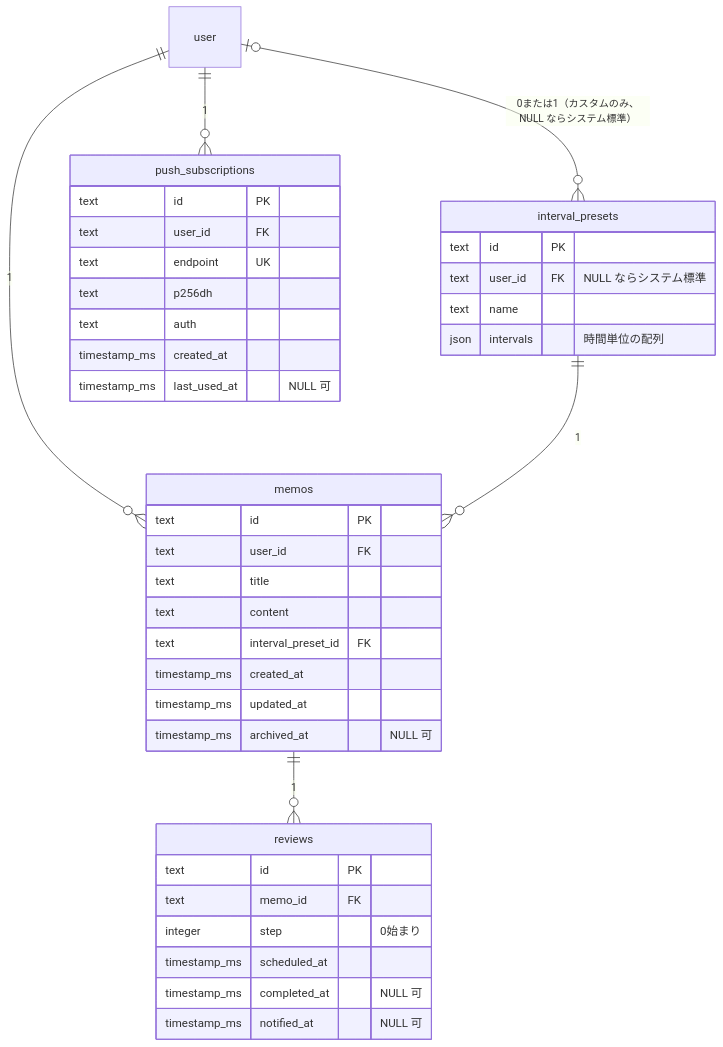
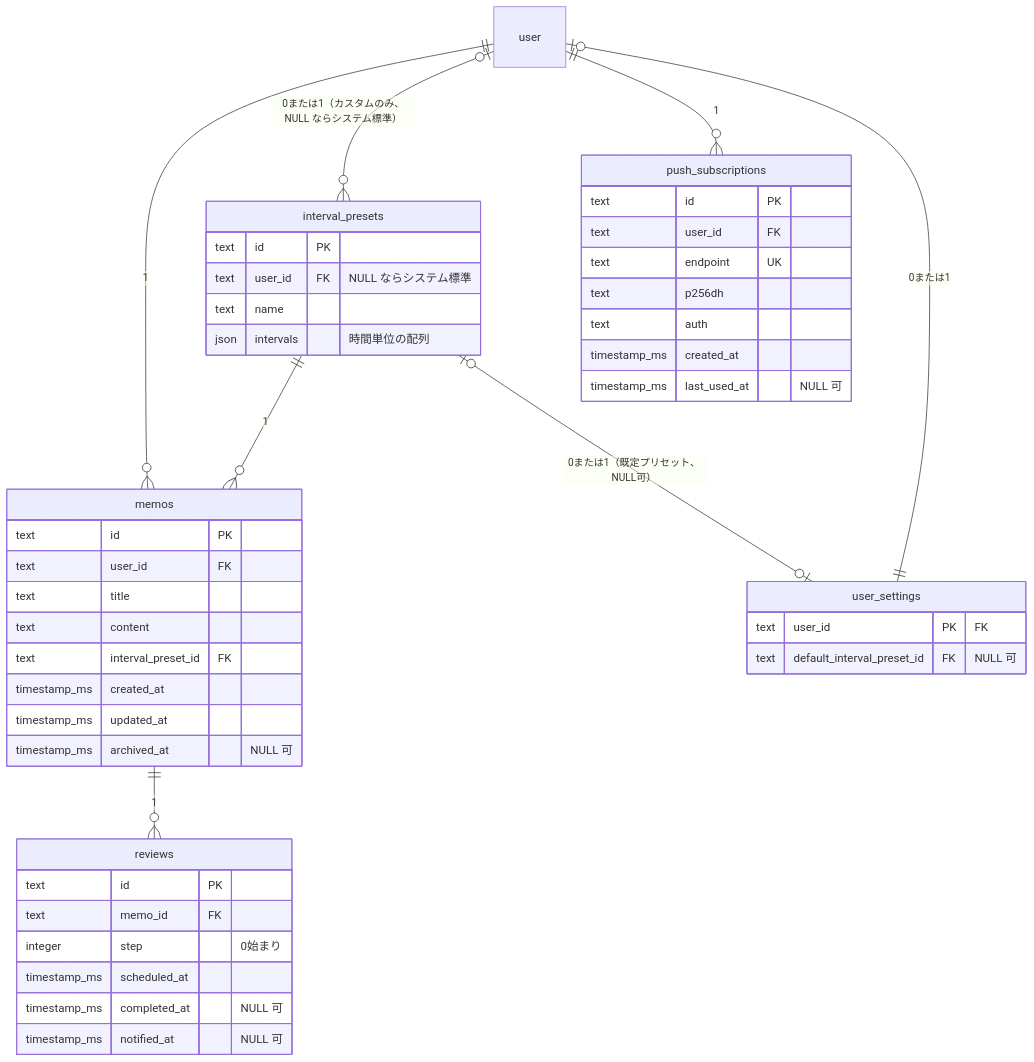
One commit to tom-chiba/ebb changed the diagram in docs/schema.md. Above: the diagram before and after it, drawn with Mermaid. The commit also changed other lines of this file and 20 other files, not shown here.

````diff
--- a/docs/schema.md
+++ b/docs/schema.md
@@ -9,42 +9,48 @@
 ```mermaid
 erDiagram
     user ||--o{ memos : "1"
     user |o--o{ interval_presets : "0または1（カスタムのみ、NULL ならシステム標準）"
     user ||--o{ push_subscriptions : "1"
+    user |o--|| user_settings : "0または1"
     interval_presets ||--o{ memos : "1"
+    interval_presets |o--o| user_settings : "0または1（既定プリセット、NULL可）"
     memos ||--o{ reviews : "1"
 
     interval_presets {
         text id PK
         text user_id FK "NULL ならシステム標準"
         text name
         json intervals "時間単位の配列"
     }
     memos {
         text id PK
         text user_id FK
         text title
         text content
         text interval_preset_id FK
         timestamp_ms created_at
         timestamp_ms updated_at
         timestamp_ms archived_at "NULL 可"
     }
     reviews {
         text id PK
         text memo_id FK
         integer step "0始まり"
         timestamp_ms scheduled_at
         timestamp_ms completed_at "NULL 可"
         timestamp_ms notified_at "NULL 可"
     }
     push_subscriptions {
         text id PK
         text user_id FK
         text endpoint UK
         text p256dh
         text auth
         timestamp_ms created_at
         timestamp_ms last_used_at "NULL 可"
     }
+    user_settings {
+        text user_id PK "FK"
+        text default_interval_preset_id FK "NULL 可"
+    }
 ```
````
